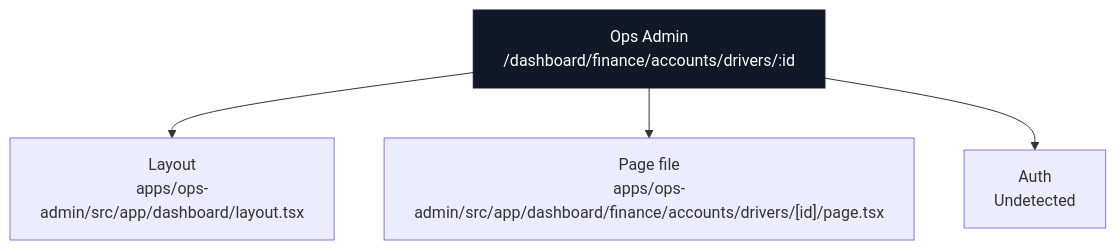
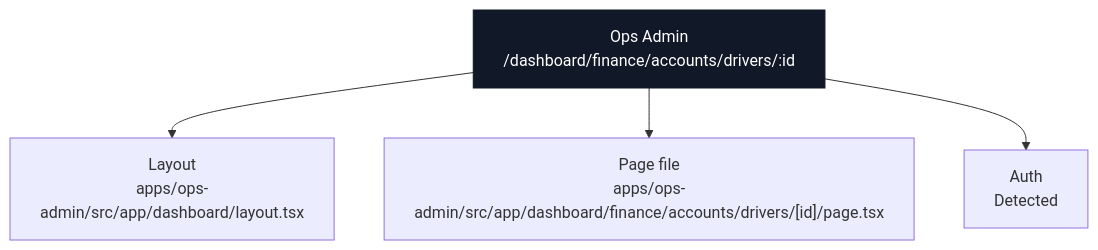
Diagram 20 of 40 in docs/architecture/codebase-map/pages/ops-admin-pages.md (Ritenoob/ridendine-marketplace), drawn with Mermaid before and after one commit. The commit also changed other lines of this file and 50 other files, not shown here.

````diff
--- a/docs/architecture/codebase-map/pages/ops-admin-pages.md
+++ b/docs/architecture/codebase-map/pages/ops-admin-pages.md
@@ -1311,15 +1484,15 @@
 ```mermaid
 flowchart TB
   Page["Ops Admin<br/>/dashboard/finance/accounts/drivers/:id"]
   Layout["Layout<br/>apps/ops-admin/src/app/dashboard/layout.tsx"]
   File["Page file<br/>apps/ops-admin/src/app/dashboard/finance/accounts/drivers/[id]/page.tsx"]
-  Auth["Auth<br/>Undetected"]
+  Auth["Auth<br/>Detected"]
   Page --> Layout
   Page --> File
   Page --> Auth
   classDef page fill:#111827,stroke:#111827,color:#ffffff
   classDef data fill:#dcfce7,stroke:#16a34a,color:#172033
   classDef api fill:#dbeafe,stroke:#2563eb,color:#172033
   classDef warn fill:#fef3c7,stroke:#f59e0b,color:#172033
   class Page page
 ```
````
